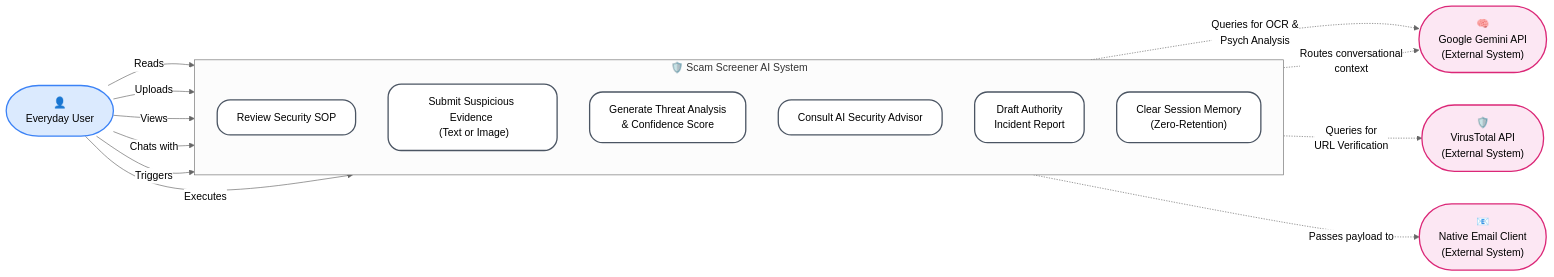
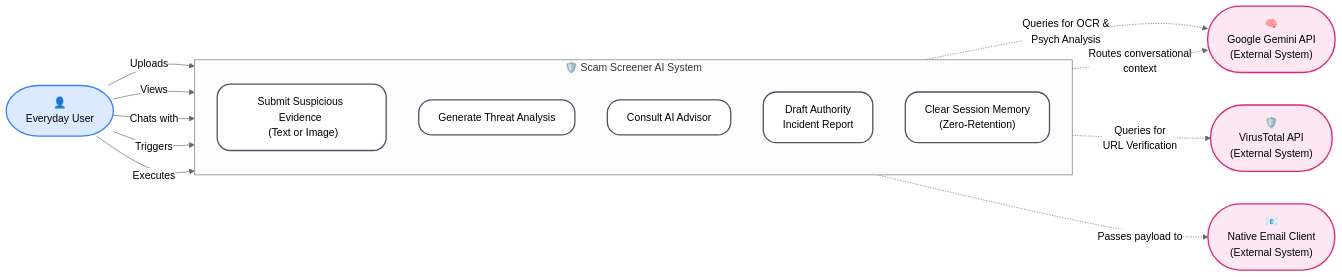
Before and after one commit to Mazuda-Zaki/scam-screener-ai: the first of 2 diagrams in README.md, drawn with Mermaid (neutral theme). The commit also changed other lines of this file, not shown here.

Commit message:
Refine use case diagram and user interactions
Updated use case diagram to reflect changes in user interactions with the system.

````diff
--- a/README.md
+++ b/README.md
@@ -100,41 +102,39 @@
 ```mermaid
 graph LR
     %% Define Styles
     classDef primaryActor fill:#dbeafe,stroke:#3b82f6,stroke-width:2px,rx:50,ry:50,color:#000;
     classDef secondaryActor fill:#fce7f3,stroke:#db2777,stroke-width:2px,rx:50,ry:50,color:#000;
     classDef usecase fill:#fff,stroke:#4b5563,stroke-width:2px,rx:20,ry:20,color:#000;
     classDef system stroke:#f59e0b,stroke-width:4px,fill:none;
 
     %% Primary Actor (Left)
     A1["👤 <br> Everyday User"]:::primaryActor
 
     %% Secondary Actors (Right)
     API1["🧠 <br> Google Gemini API<br>(External System)"]:::secondaryActor
     API2["🛡️ <br> VirusTotal API<br>(External System)"]:::secondaryActor
     APP1["📧 <br> Native Email Client<br>(External System)"]:::secondaryActor
 
     %% System Boundary (Center)
     subgraph System_Boundary ["🛡️ Scam Screener AI System"]
         direction TB
-        U1["Review Security SOP"]:::usecase
         U2["Submit Suspicious Evidence <br> (Text or Image)"]:::usecase
-        U3["Generate Threat Analysis <br> & Confidence Score"]:::usecase
-        U4["Consult AI Security Advisor"]:::usecase
+        U3["Generate Threat Analysis"]:::usecase
+        U4["Consult AI Advisor"]:::usecase
         U5["Draft Authority <br> Incident Report"]:::usecase
         U6["Clear Session Memory <br> (Zero-Retention)"]:::usecase
     end
 
     %% Primary Actor Interactions (User -> System)
-    A1 -- "Reads" --> U1
     A1 -- "Uploads" --> U2
     A1 -- "Views" --> U3
     A1 -- "Chats with" --> U4
     A1 -- "Triggers" --> U5
     A1 -- "Executes" --> U6
 
     %% Secondary Actor Interactions (System -> External APIs)
     U3 -. "Queries for OCR & <br> Psych Analysis" .-> API1
     U3 -. "Queries for <br> URL Verification" .-> API2
     U4 -. "Routes conversational <br> context" .-> API1
     U5 -. "Passes payload to" .-> APP1
 ```
````
